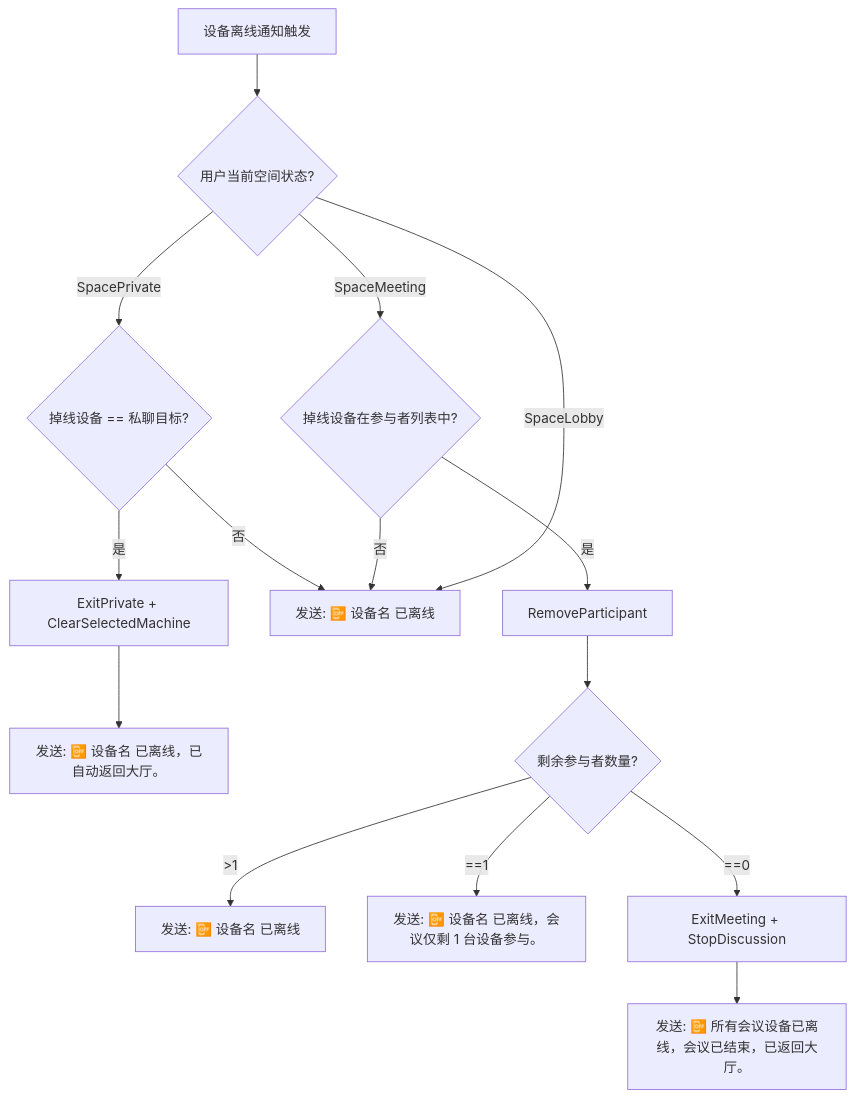
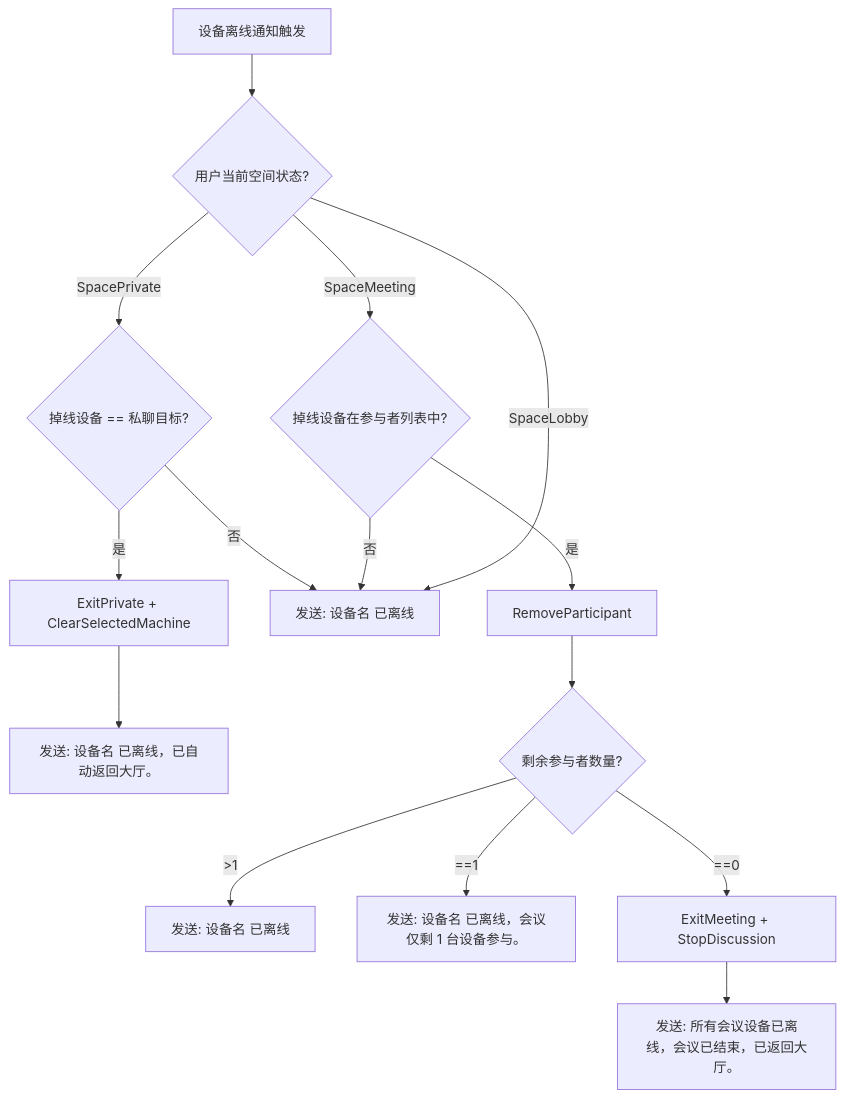
Before and after one commit to RapidAI/MaClaw: the third of 3 diagrams in .kiro/specs/maclaw-auto-lobby-return/design.md, drawn with Mermaid. The commit also changed other lines of this file and 1135 other files, not shown here.

````diff
--- a/.kiro/specs/maclaw-auto-lobby-return/design.md
+++ b/.kiro/specs/maclaw-auto-lobby-return/design.md
@@ -53,17 +53,17 @@
 ```mermaid
 flowchart TD
     A[设备离线通知触发] --> B{用户当前空间状态?}
     B -->|SpacePrivate| C{掉线设备 == 私聊目标?}
     C -->|是| D[ExitPrivate + ClearSelectedMachine]
-    D --> E[发送: 📴 设备名 已离线，已自动返回大厅。]
-    C -->|否| F[发送: 📴 设备名 已离线]
+    D --> E[发送: 设备名 已离线，已自动返回大厅。]
+    C -->|否| F[发送: 设备名 已离线]
     B -->|SpaceMeeting| G{掉线设备在参与者列表中?}
     G -->|是| H[RemoveParticipant]
     H --> I{剩余参与者数量?}
-    I -->|>1| J[发送: 📴 设备名 已离线]
-    I -->|==1| K[发送: 📴 设备名 已离线，会议仅剩 1 台设备参与。]
+    I -->|>1| J[发送: 设备名 已离线]
+    I -->|==1| K[发送: 设备名 已离线，会议仅剩 1 台设备参与。]
     I -->|==0| L[ExitMeeting + StopDiscussion]
-    L --> M[发送: 📴 所有会议设备已离线，会议已结束，已返回大厅。]
+    L --> M[发送: 所有会议设备已离线，会议已结束，已返回大厅。]
     G -->|否| F
     B -->|SpaceLobby| F
 ```
````
